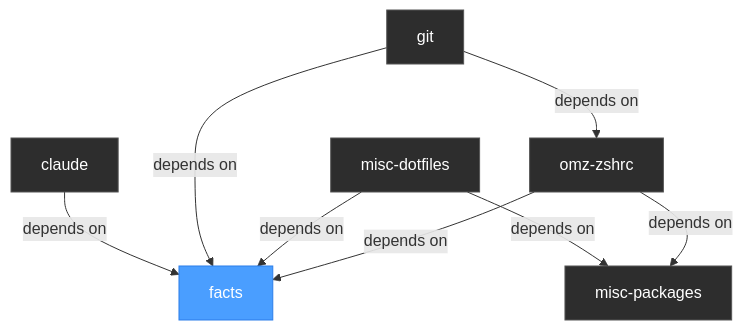
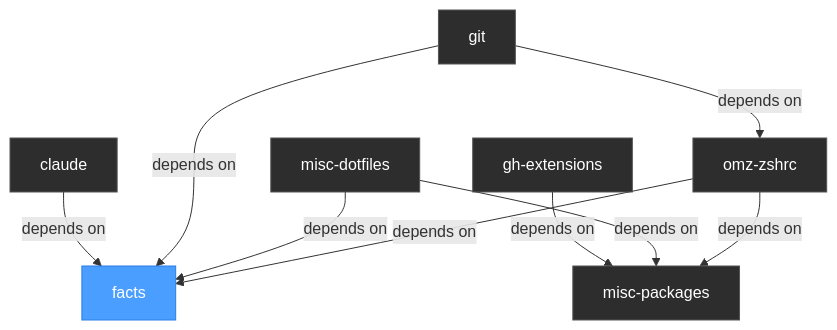
One commit to karldreher/ansible-playbooks changed the diagram in DAG.md. Above: the diagram before and after it, drawn with Mermaid. The commit also changed 8 other files, not shown here.

````diff
--- a/DAG.md
+++ b/DAG.md
@@ -1,18 +1,19 @@
 ```mermaid
 graph TD
 
     claude -->|depends on| facts
     facts
+    gh-extensions -->|depends on| misc-packages
     git -->|depends on| facts
     git -->|depends on| omz-zshrc
     misc-dotfiles -->|depends on| facts
     misc-dotfiles -->|depends on| misc-packages
     misc-packages
     omz-zshrc -->|depends on| facts
     omz-zshrc -->|depends on| misc-packages
 
     classDef facts fill:#4a9eff,stroke:#2b7de9,color:#fff
     classDef role fill:#2d2d2d,stroke:#555,color:#fff
     classDef default fill:#2d2d2d,stroke:#555,color:#fff
     class facts facts
 ```
````
